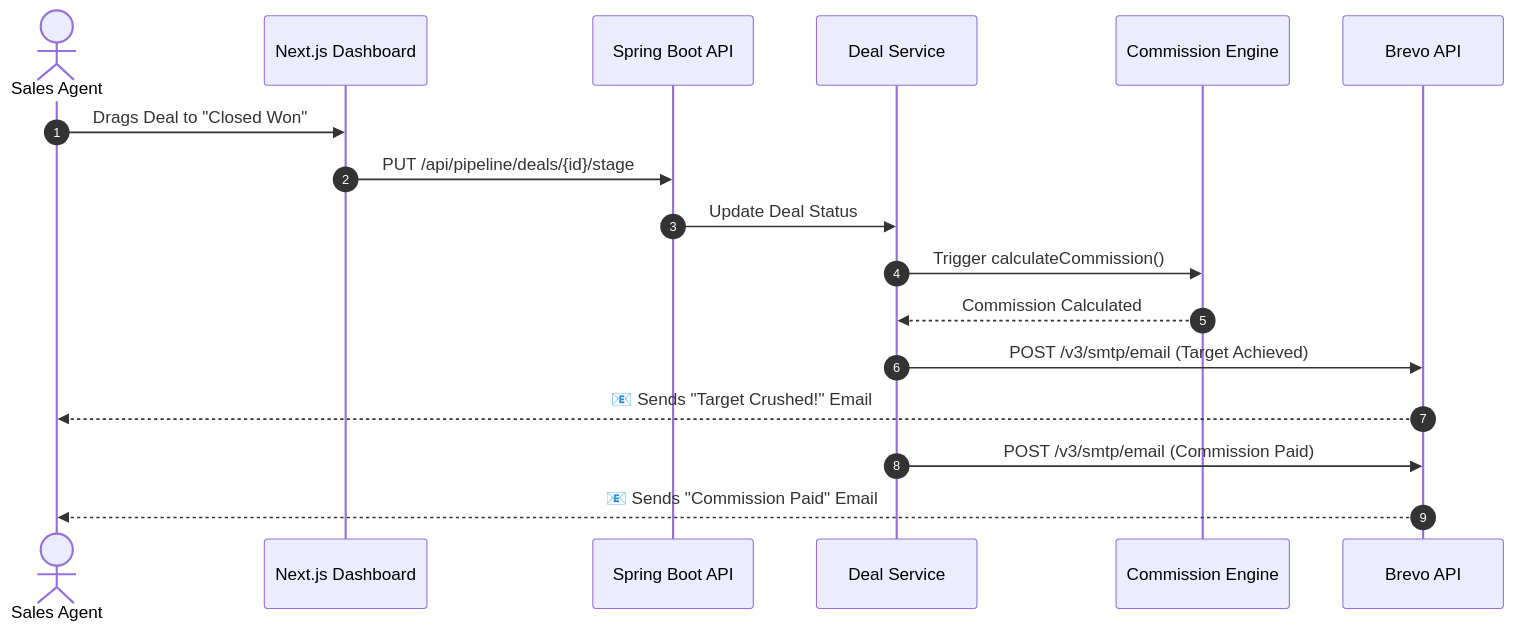
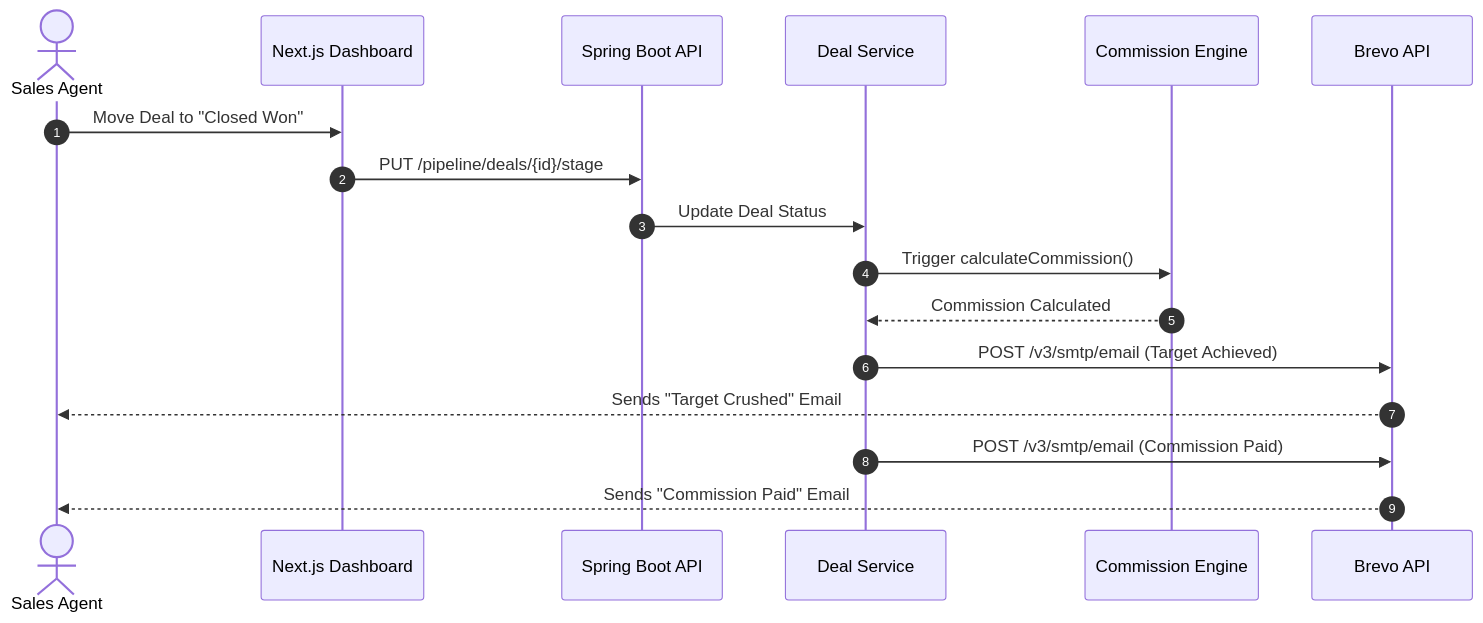
Before and after one commit to ashucfx/salespilot: the second of 2 diagrams in README.md, drawn with Mermaid. The commit also changed other lines of this file, not shown here.

````diff
--- a/README.md
+++ b/README.md
@@ -72,20 +97,20 @@
 ```mermaid
 sequenceDiagram
     autonumber
     actor Agent as Sales Agent
     participant Web as Next.js Dashboard
     participant API as Spring Boot API
     participant Deal as Deal Service
     participant Comm as Commission Engine
     participant Brevo as Brevo API
 
-    Agent->>Web: Drags Deal to "Closed Won"
-    Web->>API: PUT /api/pipeline/deals/{id}/stage
+    Agent->>Web: Move Deal to "Closed Won"
+    Web->>API: PUT /pipeline/deals/{id}/stage
     API->>Deal: Update Deal Status
     Deal->>Comm: Trigger calculateCommission()
     Comm-->>Deal: Commission Calculated
     Deal->>Brevo: POST /v3/smtp/email (Target Achieved)
-    Brevo-->>Agent: 📧 Sends "Target Crushed!" Email
+    Brevo-->>Agent: Sends "Target Crushed" Email
     Deal->>Brevo: POST /v3/smtp/email (Commission Paid)
-    Brevo-->>Agent: 📧 Sends "Commission Paid" Email
+    Brevo-->>Agent: Sends "Commission Paid" Email
 ```
````
